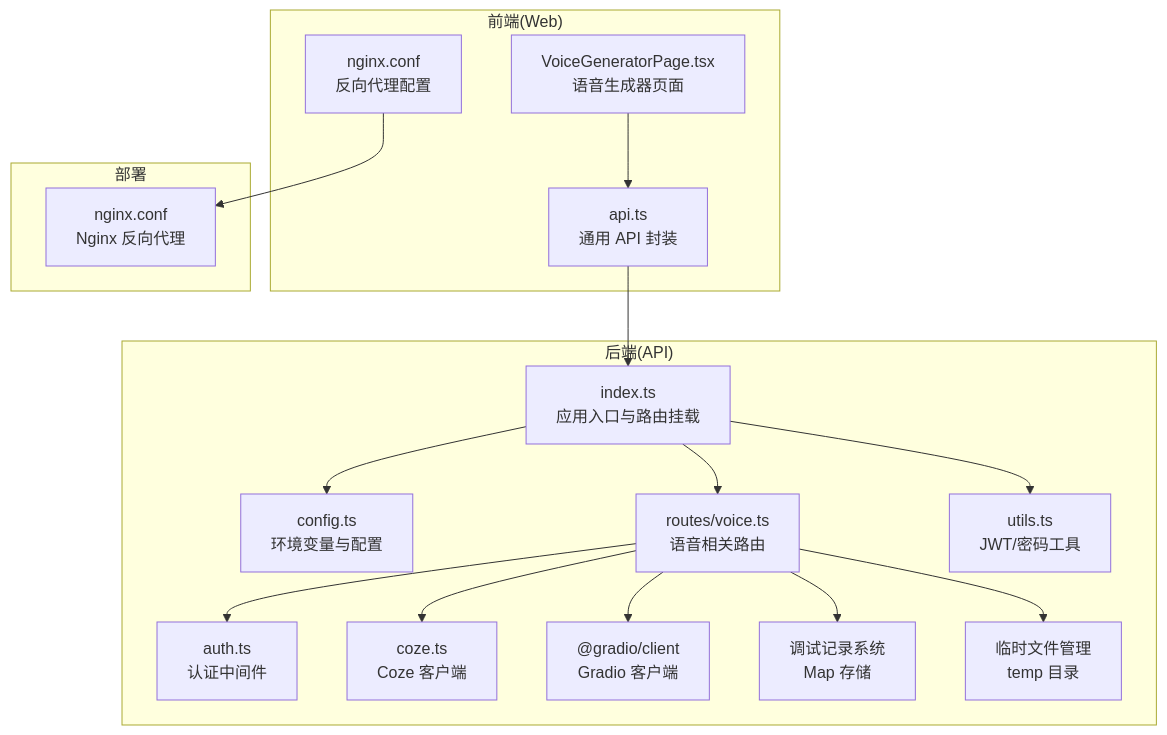
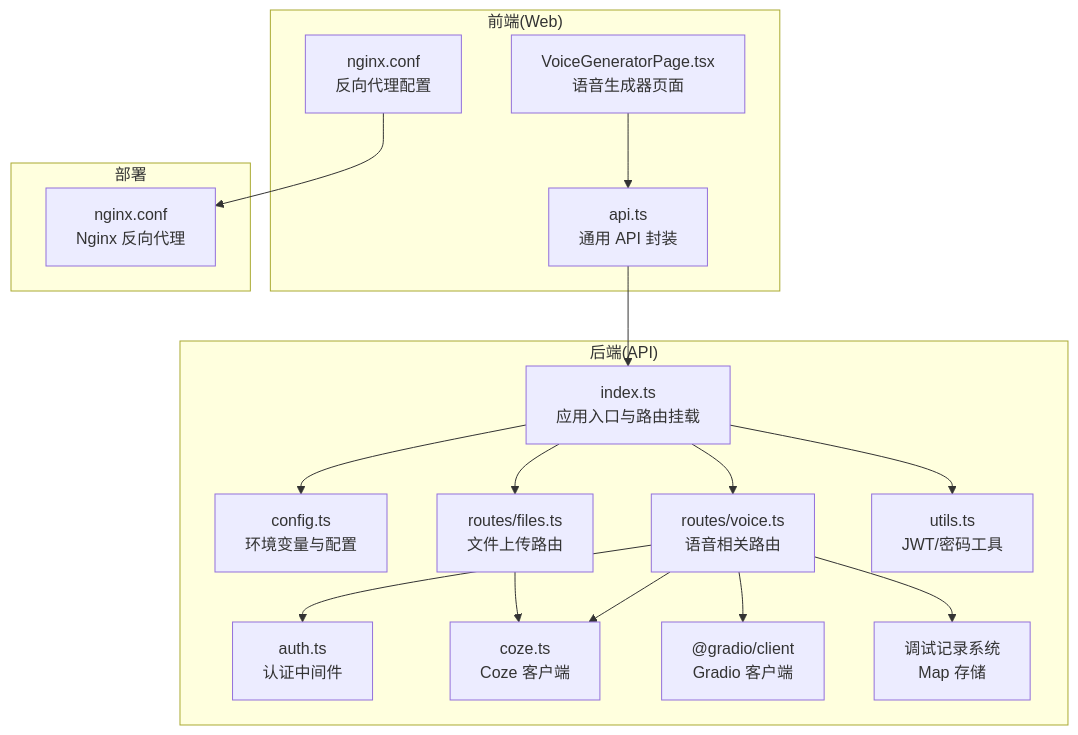
The first of 4 diagrams in .qoder/repowiki/zh/content/语音生成系统.md (hanksd769-droid/sailshub), drawn with Mermaid before and after one commit. The commit also changed other lines of this file and 5 other files, not shown here.

````diff
--- a/.qoder/repowiki/zh/content/语音生成系统.md
+++ b/.qoder/repowiki/zh/content/语音生成系统.md
@@ -58,33 +62,34 @@
 ```mermaid
 graph TB
 subgraph "前端(Web)"
 WG["VoiceGeneratorPage.tsx<br/>语音生成器页面"]
 API["api.ts<br/>通用 API 封装"]
 NGINX["nginx.conf<br/>反向代理配置"]
 end
 subgraph "后端(API)"
 IDX["index.ts<br/>应用入口与路由挂载"]
 CFG["config.ts<br/>环境变量与配置"]
 AUTH["auth.ts<br/>认证中间件"]
 VOICE["routes/voice.ts<br/>语音相关路由"]
+FILES["routes/files.ts<br/>文件上传路由"]
 COZE["coze.ts<br/>Coze 客户端"]
 UTIL["utils.ts<br/>JWT/密码工具"]
 GRADIO["@gradio/client<br/>Gradio 客户端"]
 DEBUG["调试记录系统<br/>Map 存储"]
-TEMP["临时文件管理<br/>temp 目录"]
 end
 subgraph "部署"
 NGINX_CFG["nginx.conf<br/>Nginx 反向代理"]
 end
 WG --> API
 API --> IDX
 IDX --> VOICE
+IDX --> FILES
 VOICE --> AUTH
 VOICE --> COZE
 VOICE --> GRADIO
 VOICE --> DEBUG
-VOICE --> TEMP
+FILES --> COZE
 IDX --> CFG
 IDX --> UTIL
 NGINX --> NGINX_CFG
 ```
````
